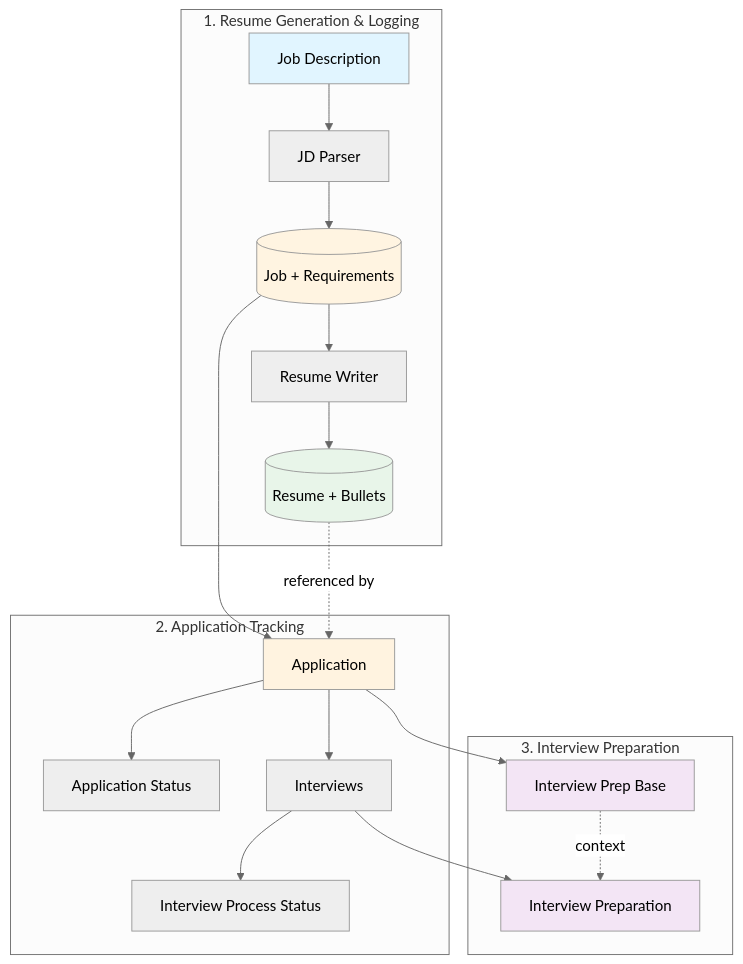
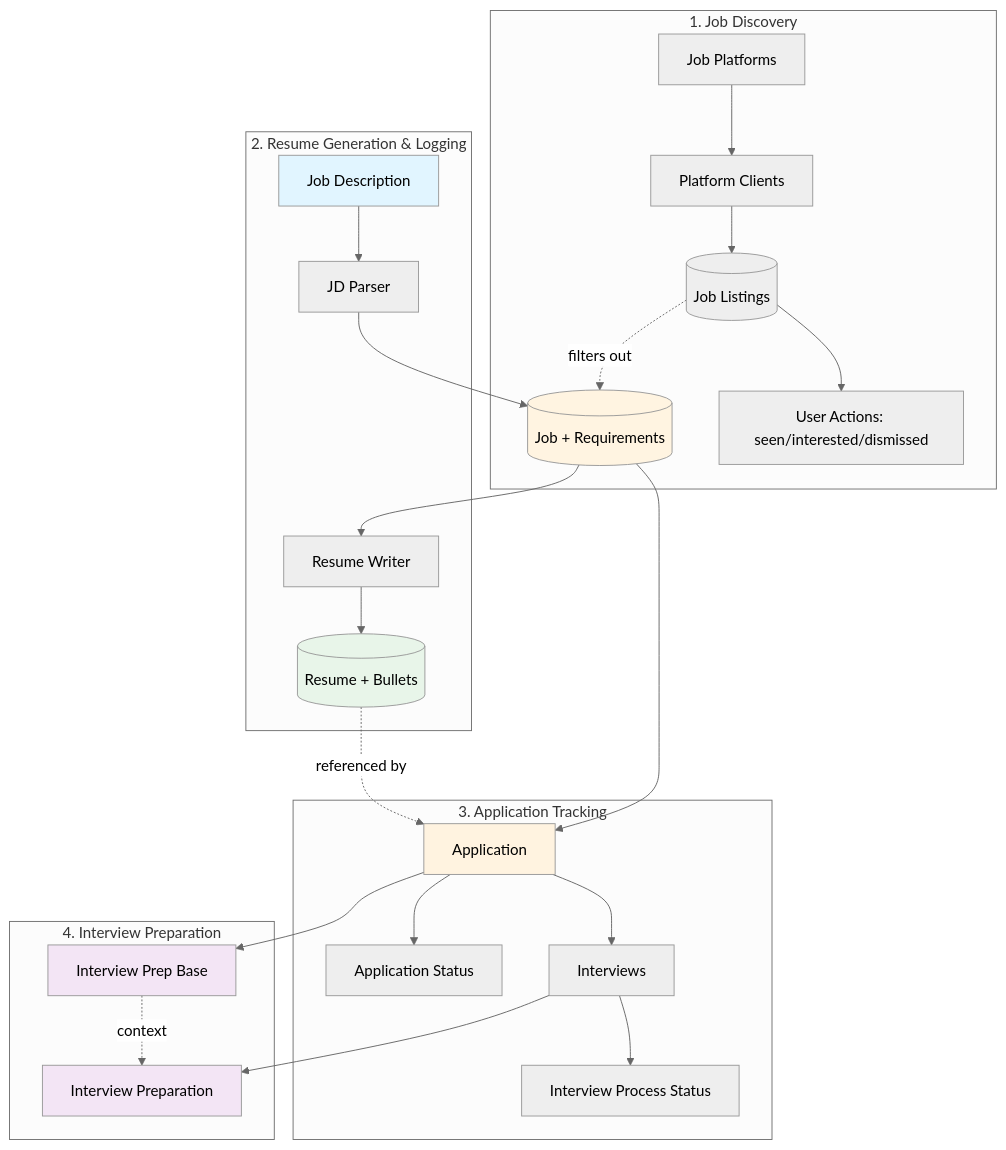
The first of 3 diagrams in docs/system_design.md (vhidrogo/job-search-automation), drawn with Mermaid (neutral theme) before and after one commit. The commit also changed other lines of this file, not shown here.

Commit message:
docs: add job discovery system design

````diff
--- a/docs/system_design.md
+++ b/docs/system_design.md
@@ -40,31 +52,38 @@
 ```mermaid
 graph TB
-    subgraph "1. Resume Generation & Logging"
+    subgraph "1. Job Discovery"
+        Platform[Job Platforms] --> Fetcher[Platform Clients]
+        Fetcher --> Listing[(Job Listings)]
+        Listing -.filters out.-> Job
+        Listing --> UserAction[User Actions: seen/interested/dismissed]
+    end
+
+    subgraph "2. Resume Generation & Logging"
         JD[Job Description] --> JDP[JD Parser]
         JDP --> Job[(Job + Requirements)]
         Job --> RW[Resume Writer]
         RW --> Resume[(Resume + Bullets)]
     end
     
-    subgraph "2. Application Tracking"
+    subgraph "3. Application Tracking"
         Job --> App[Application]
         App --> Status[Application Status]
         App --> Interview[Interviews]
         Interview --> Outcome[Interview Process Status]
     end
     
-    subgraph "3. Interview Preparation"
+    subgraph "4. Interview Preparation"
         App --> PrepBase[Interview Prep Base]
         Interview --> PrepSpec[Interview Preparation]
         PrepBase -.context.-> PrepSpec
     end
     
     Resume -.referenced by.-> App
     
     style JD fill:#e1f5ff
     style Job fill:#fff4e1
     style Resume fill:#e8f5e9
     style App fill:#fff3e0
     style PrepBase fill:#f3e5f5
     style PrepSpec fill:#f3e5f5
 ```
````
